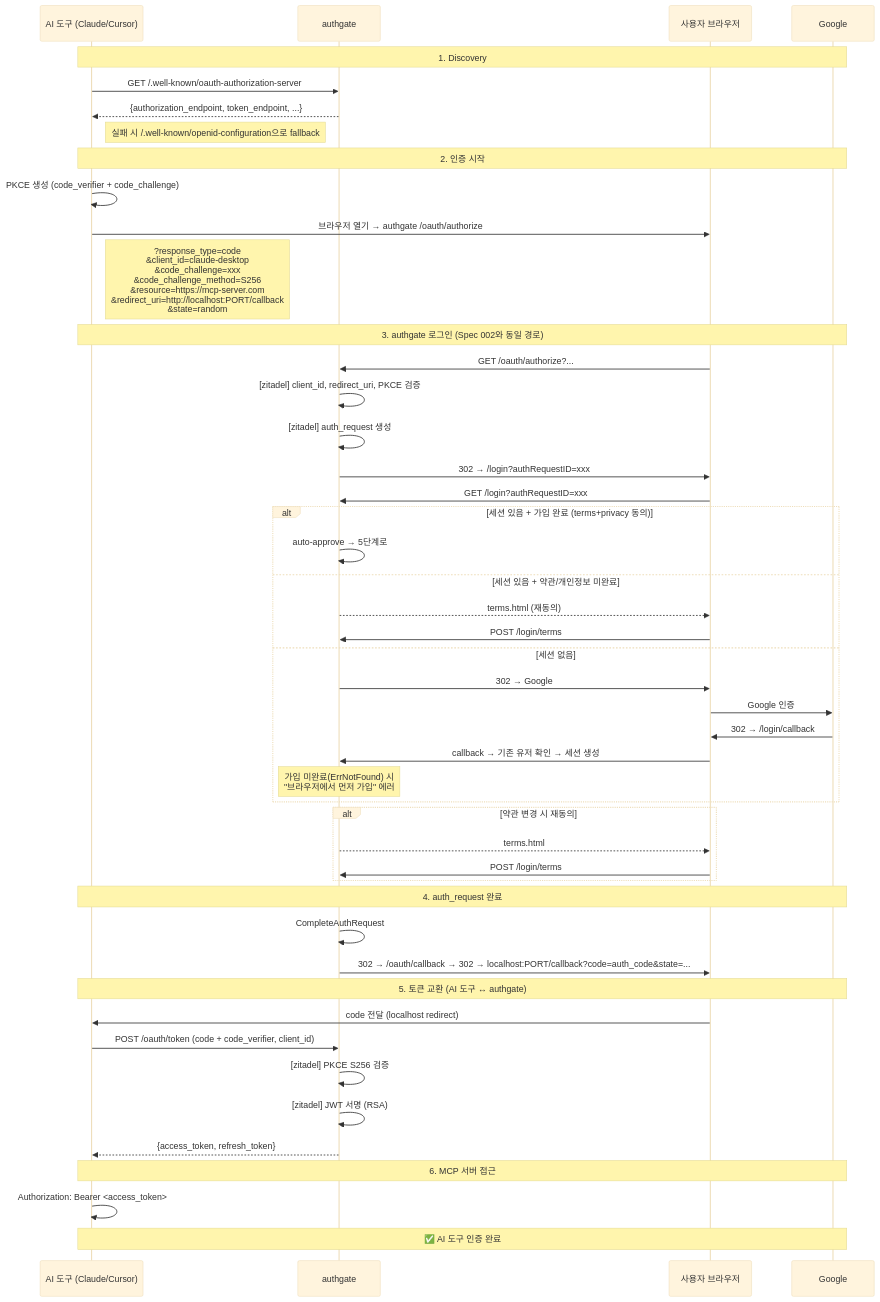
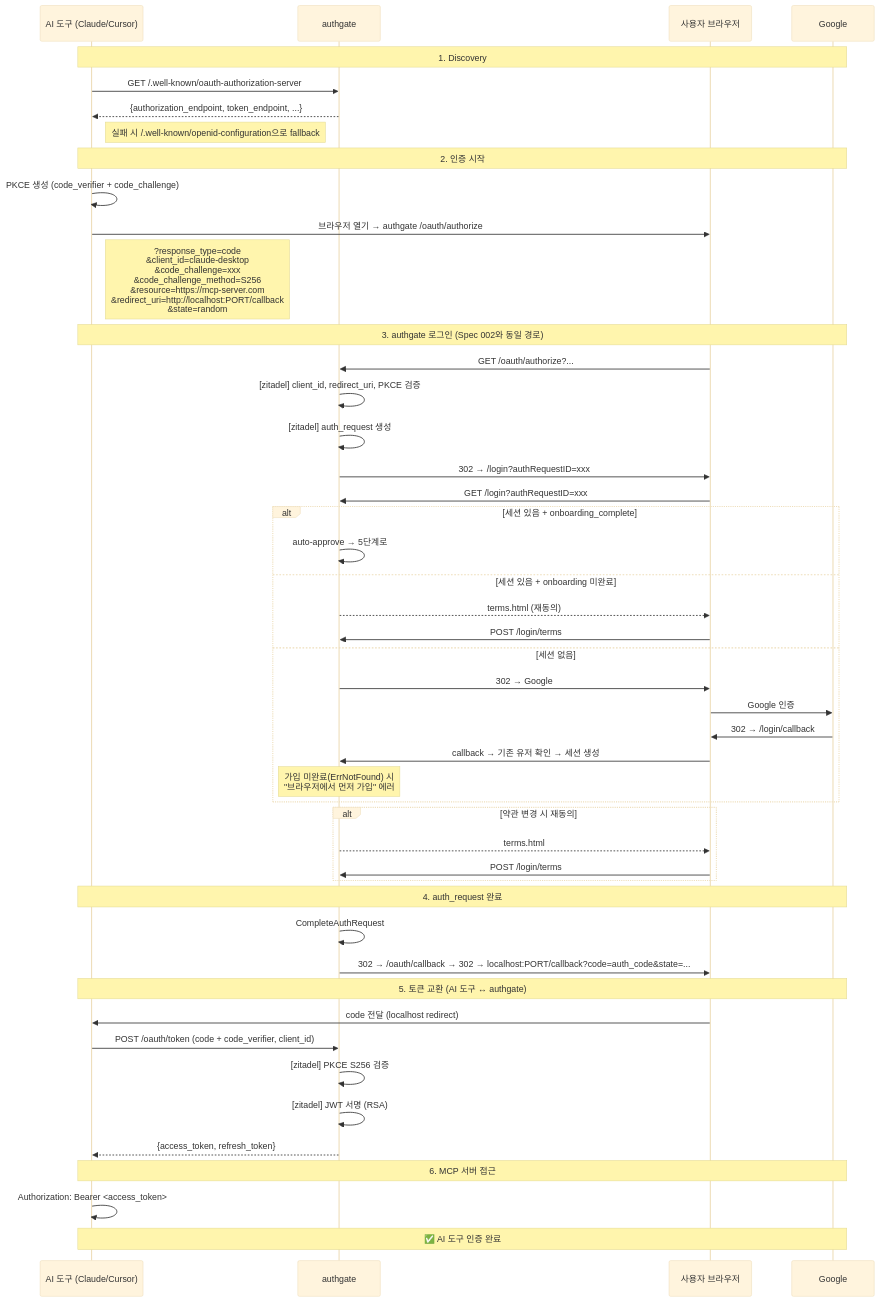
One commit to cagojeiger/authgate changed the diagram in docs/spec/004-mcp-login.md. Above: the diagram before and after it, drawn with Mermaid (base theme). The commit also changed other lines of this file and 8 other files, not shown here.

````diff
--- a/docs/spec/004-mcp-login.md
+++ b/docs/spec/004-mcp-login.md
@@ -69,57 +69,57 @@
 ```mermaid
 sequenceDiagram
     participant AI as AI 도구 (Claude/Cursor)
     participant AG as authgate
     participant U as 사용자 브라우저
     participant G as Google
 
     Note over AI,G: 1. Discovery
     AI->>AG: GET /.well-known/oauth-authorization-server
     AG-->>AI: {authorization_endpoint, token_endpoint, ...}
     Note right of AI: 실패 시 /.well-known/openid-configuration으로 fallback
 
     Note over AI,G: 2. 인증 시작
     AI->>AI: PKCE 생성 (code_verifier + code_challenge)
     AI->>U: 브라우저 열기 → authgate /oauth/authorize
     Note right of AI: ?response_type=code<br/>&client_id=claude-desktop<br/>&code_challenge=xxx<br/>&code_challenge_method=S256<br/>&resource=https://mcp-server.com<br/>&redirect_uri=http://localhost:PORT/callback<br/>&state=random
 
     Note over AI,G: 3. authgate 로그인 (Spec 002와 동일 경로)
     U->>AG: GET /oauth/authorize?...
     AG->>AG: [zitadel] client_id, redirect_uri, PKCE 검증
     AG->>AG: [zitadel] auth_request 생성
     AG->>U: 302 → /login?authRequestID=xxx
 
     U->>AG: GET /login?authRequestID=xxx
-    alt 세션 있음 + 가입 완료 (terms+privacy 동의)
+    alt 세션 있음 + onboarding_complete
         AG->>AG: auto-approve → 5단계로
-    else 세션 있음 + 약관/개인정보 미완료
+    else 세션 있음 + onboarding 미완료
         AG-->>U: terms.html (재동의)
         U->>AG: POST /login/terms
     else 세션 없음
         AG->>U: 302 → Google
         U->>G: Google 인증
         G->>U: 302 → /login/callback
         U->>AG: callback → 기존 유저 확인 → 세션 생성
         Note over AG: 가입 미완료(ErrNotFound) 시<br/>"브라우저에서 먼저 가입" 에러
     end
 
     alt 약관 변경 시 재동의
         AG-->>U: terms.html
         U->>AG: POST /login/terms
     end
 
     Note over AI,G: 4. auth_request 완료
     AG->>AG: CompleteAuthRequest
     AG->>U: 302 → /oauth/callback → 302 → localhost:PORT/callback?code=auth_code&state=...
 
     Note over AI,G: 5. 토큰 교환 (AI 도구 ↔ authgate)
     U->>AI: code 전달 (localhost redirect)
     AI->>AG: POST /oauth/token (code + code_verifier, client_id)
     AG->>AG: [zitadel] PKCE S256 검증
     AG->>AG: [zitadel] JWT 서명 (RSA)
     AG-->>AI: {access_token, refresh_token}
 
     Note over AI,G: 6. MCP 서버 접근
     AI->>AI: Authorization: Bearer <access_token>
     Note over AI,G: ✅ AI 도구 인증 완료
 ```
````
